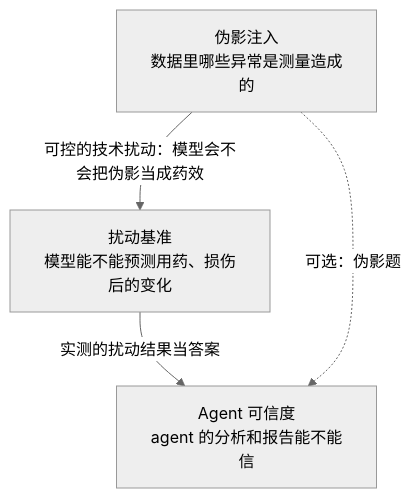
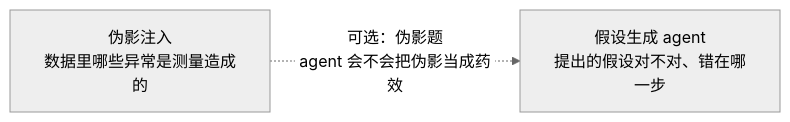
Before and after one commit to jasonjin34/Medical_reading_material: the first of 2 diagrams in research/00-overview.md, drawn with Mermaid (neutral theme). The commit also changed other lines of this file and 138 other files, not shown here.

````diff
--- a/research/00-overview.md
+++ b/research/00-overview.md
@@ -79,7 +59,4 @@
 ```mermaid
-flowchart TB
-  P["扰动基准<br/>模型能不能预测用药、损伤后的变化"]
-  A["伪影注入<br/>数据里哪些异常是测量造成的"] -->|"可控的技术扰动：模型会不会把伪影当成药效"| P
-  P -->|"实测的扰动结果当答案"| G["Agent 可信度<br/>agent 的分析和报告能不能信"]
-  A -.->|"可选：伪影题"| G
+flowchart LR
+  A["伪影注入<br/>数据里哪些异常是测量造成的"] -.->|"可选：伪影题<br/>agent 会不会把伪影当成药效"| G["假设生成 agent<br/>提出的假设对不对、错在哪一步"]
 ```
````
